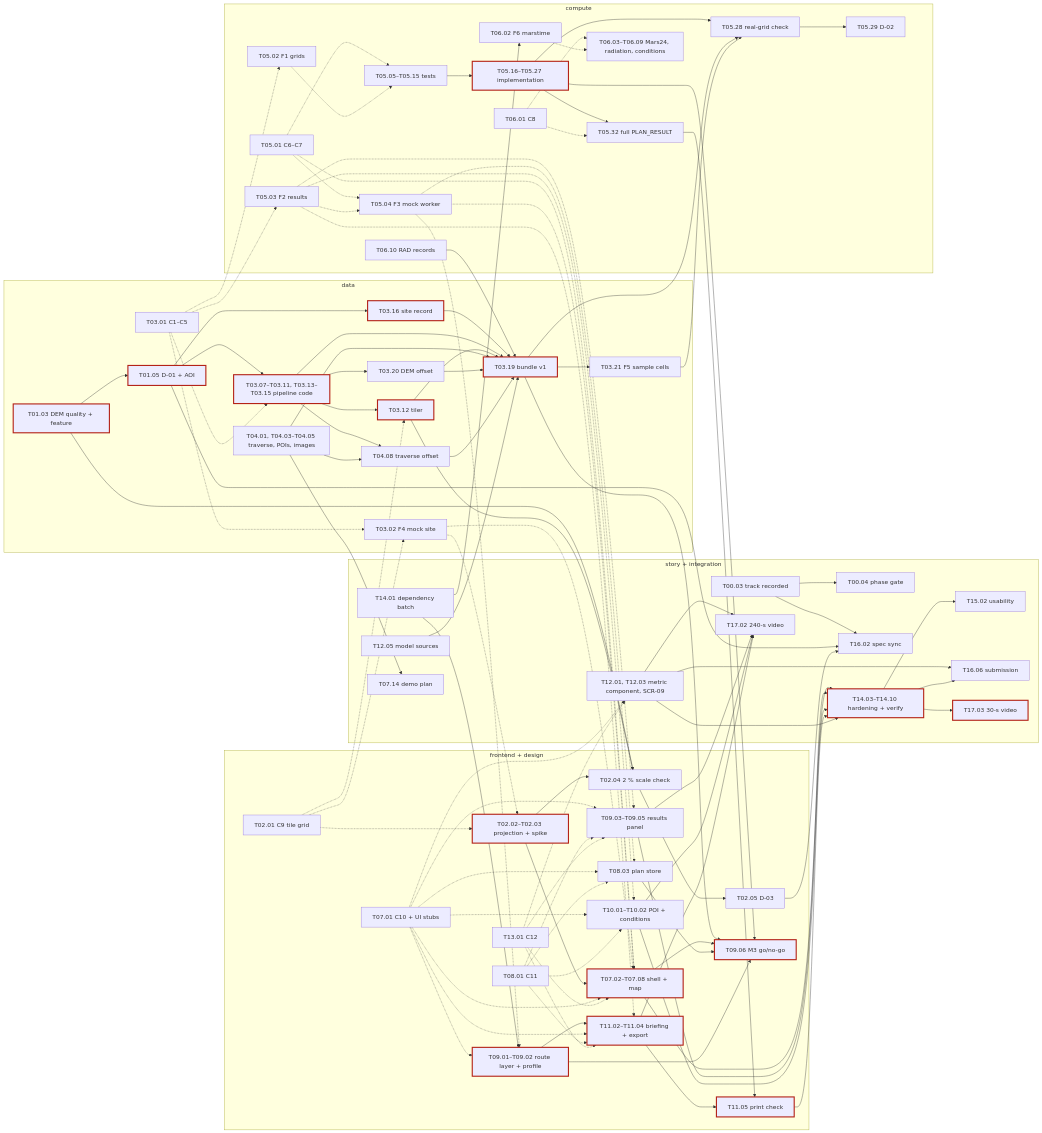
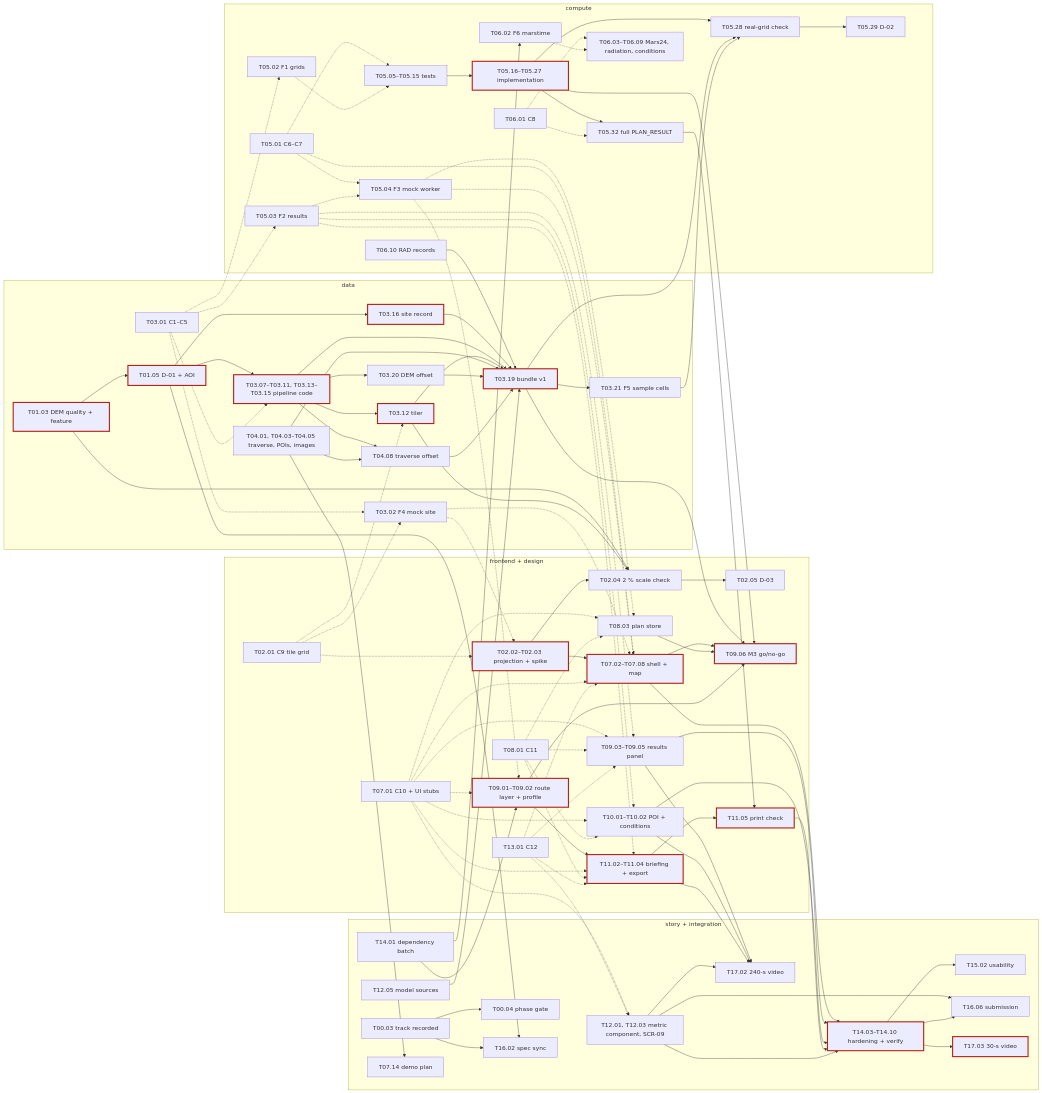
One commit to tashobi02/Gale-Surface-Ops changed the diagram in docs/tasks/_coordination.md. Above: the diagram before and after it, drawn with Mermaid. The commit also changed other lines of this file and 22 other files, not shown here.

```diff
--- a/docs/tasks/_coordination.md
+++ b/docs/tasks/_coordination.md
@@ -687,7 +693,6 @@
   T03_12 --> T02_04
   T02_02 --> T02_04
   T02_04 --> T02_05
-  T02_05 --> T16_02
   T02_02 --> T07_S
   T04_IN --> T07_14
   T05_T --> T05_I
```
